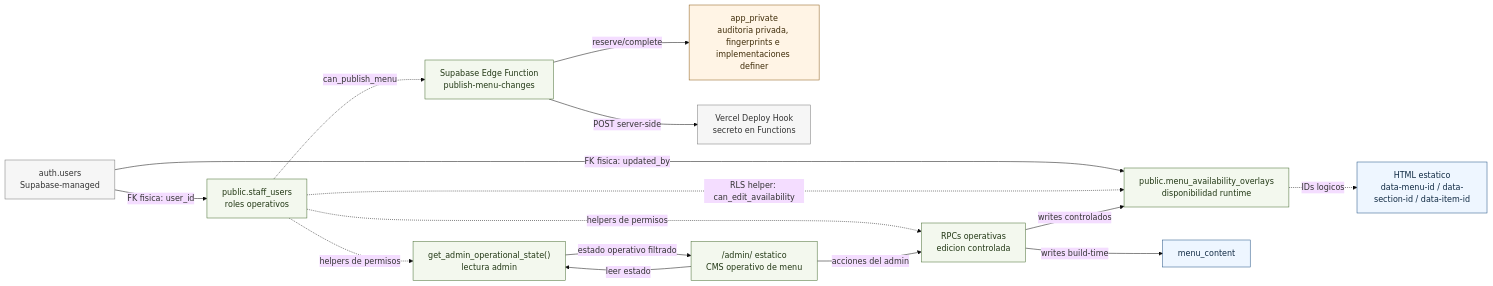
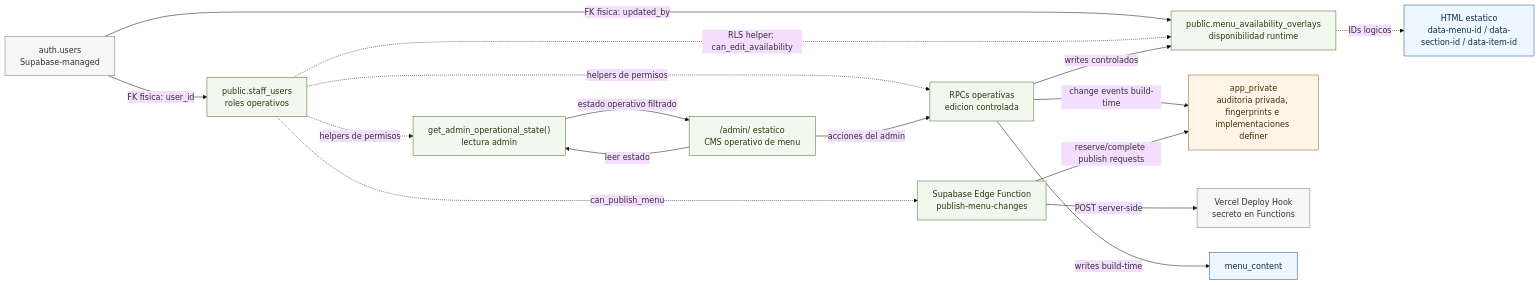
The third of 3 diagrams in docs/supabase/schema-diagram.md (materamos/ElFaraonCatering), drawn with Mermaid (base theme) before and after one commit. The commit also changed other lines of this file and 6 other files, not shown here.

````diff
--- a/docs/supabase/schema-diagram.md
+++ b/docs/supabase/schema-diagram.md
@@ -167,38 +167,39 @@
 ```mermaid
 flowchart LR
   AUTH_USERS["auth.users<br/>Supabase-managed"]
   STAFF["public.staff_users<br/>roles operativos"]
   OVERLAYS["public.menu_availability_overlays<br/>disponibilidad runtime"]
   READ_RPC["get_admin_operational_state()<br/>lectura admin"]
   WRITE_RPCS["RPCs operativas<br/>edicion controlada"]
   EDGE["Supabase Edge Function<br/>publish-menu-changes"]
   PRIVATE["app_private<br/>auditoria privada, fingerprints e implementaciones definer"]
   VERCEL["Vercel Deploy Hook<br/>secreto en Functions"]
   ADMIN_UI["/admin/ estatico<br/>CMS operativo de menu"]
   STATIC["HTML estatico<br/>data-menu-id / data-section-id / data-item-id"]
 
   AUTH_USERS -->|"FK fisica: user_id"| STAFF
   AUTH_USERS -->|"FK fisica: updated_by"| OVERLAYS
   STAFF -. "RLS helper: can_edit_availability" .-> OVERLAYS
   STAFF -. "helpers de permisos" .-> READ_RPC
   STAFF -. "helpers de permisos" .-> WRITE_RPCS
   STAFF -. "can_publish_menu" .-> EDGE
   ADMIN_UI -->|"leer estado"| READ_RPC
   ADMIN_UI -->|"acciones del admin"| WRITE_RPCS
   READ_RPC -->|"estado operativo filtrado"| ADMIN_UI
   WRITE_RPCS -->|"writes controlados"| OVERLAYS
   WRITE_RPCS -->|"writes build-time"| MENU_CONTENT["menu_content"]
-  EDGE -->|"reserve/complete"| PRIVATE
+  WRITE_RPCS -->|"change events build-time"| PRIVATE
+  EDGE -->|"reserve/complete publish requests"| PRIVATE
   EDGE -->|"POST server-side"| VERCEL
   OVERLAYS -. "IDs logicos" .-> STATIC
 
   classDef runtime fill:#f3f8ee,stroke:#446b2f,color:#223815;
   classDef structural fill:#eef6ff,stroke:#1f4f82,color:#102a43;
   classDef private fill:#fff4e5,stroke:#8a5a13,color:#3f2c09;
   classDef platform fill:#f6f6f6,stroke:#777,color:#333;
 
   class STAFF,OVERLAYS,READ_RPC,WRITE_RPCS,EDGE,ADMIN_UI runtime;
   class STATIC,MENU_CONTENT structural;
   class PRIVATE private;
   class AUTH_USERS,VERCEL platform;
 ```
````
